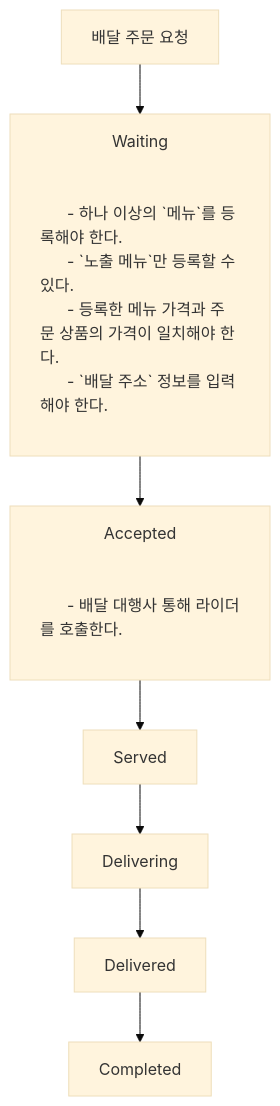
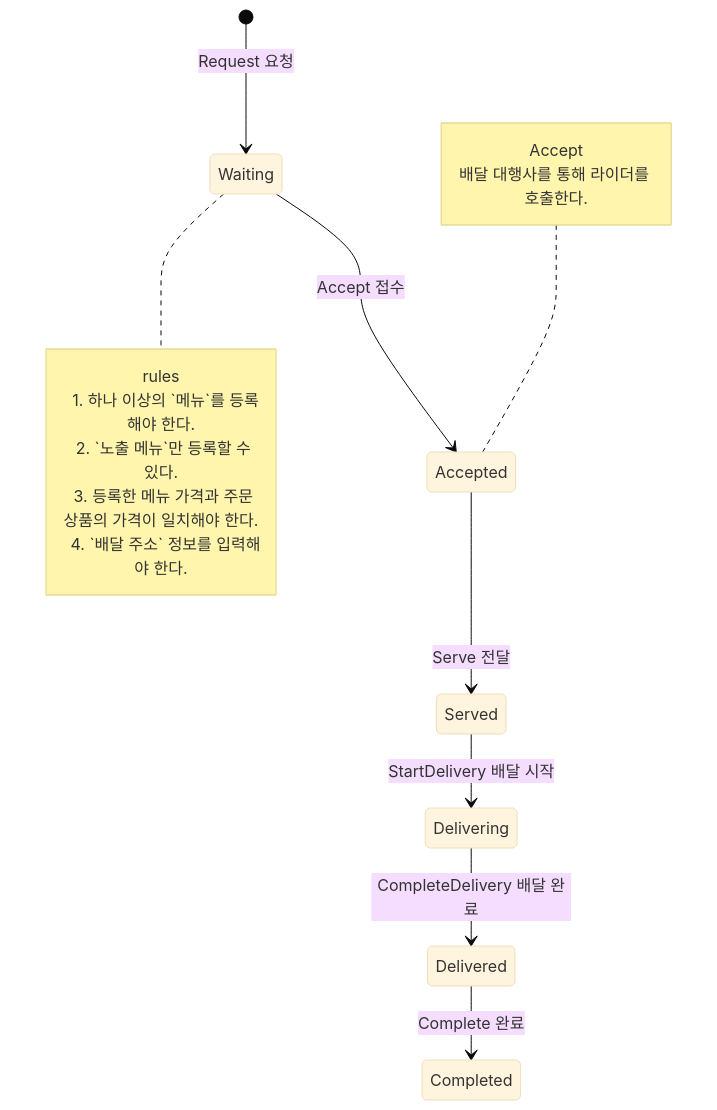
Before and after one commit to next-step/ddd-strategic-design: the first of 4 diagrams in README.md, drawn with Mermaid (base theme). The commit also changed other lines of this file, not shown here.

````diff
--- a/README.md
+++ b/README.md
@@ -235,22 +279,20 @@
 ```mermaid
-flowchart
-  *[배달 주문 요청] --> Waiting[
-    Waiting
-    <div style='text-align: left'>
-      - 하나 이상의 `메뉴`를 등록해야 한다.
-      - `노출 메뉴`만 등록할 수 있다.
-      - 등록한 메뉴 가격과 주문 상품의 가격이 일치해야 한다.
-      - `배달 주소` 정보를 입력해야 한다.
-    </div>
-  ]
-  Waiting --> Accepted[
-    Accepted
-    <div style='text-align: left'>
-      - 배달 대행사 통해 라이더를 호출한다.
-    </div>
-  ]
-  Accepted --> Served
-  Served --> Delivering
-  Delivering --> Delivered
-  Delivered --> Completed
+    stateDiagram-v2
+  [*] --> Waiting: Request 요청
+  note right of Waiting
+    rules
+    1. 하나 이상의 `메뉴`를 등록해야 한다.
+    2. `노출 메뉴`만 등록할 수 있다.
+    3. 등록한 메뉴 가격과 주문 상품의 가격이 일치해야 한다.
+    4. `배달 주소` 정보를 입력해야 한다.
+  end note
+  Waiting --> Accepted: Accept 접수
+  note left of Accepted
+    Accept
+    배달 대행사를 통해 라이더를 호출한다.
+  end note
+  Accepted --> Served: Serve 전달
+  Served --> Delivering: StartDelivery 배달 시작
+  Delivering --> Delivered: CompleteDelivery 배달 완료
+  Delivered --> Completed: Complete 완료
 ```
````
